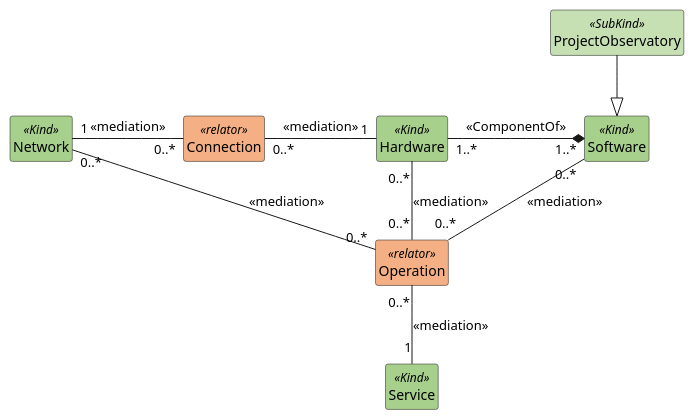
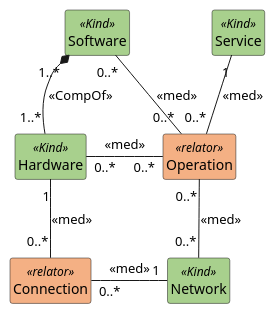
One commit to kvojps/onto-mpo changed the diagram in mpo_structures_observatory_infra_formalization.puml. Above: the diagram before and after it, drawn with PlantUML. The commit also changed 2 other files, not shown here.

Commit message:
[refac]: update relationships in MPO Structures Observatory Infra formalization and correct directionality in MPO Agents Formalization

```diff
--- a/mpo_structures_observatory_infra_formalization.puml
+++ b/mpo_structures_observatory_infra_formalization.puml
@@ -1,24 +1,20 @@
 @startuml MPO Structures Observatory Infra Formalization
 hide members
 skinparam style strictuml
 
-class ProjectObservatory <<SubKind>> #C6E0B4 {}
 class Software <<Kind>> #A8D08D {}
 class Hardware <<Kind>> #A8D08D {}
 class Network <<Kind>> #A8D08D {}
 class Connection <<relator>> #F4B084 {}
 class Service <<Kind>> #A8D08D {}
 class Operation <<relator>> #F4B084 {}
 
-ProjectObservatory --|> Software
-
-Software "1..*" *-left- "1..*" Hardware: <<ComponentOf>>
-Hardware "1" -left- "0..*" Connection : <<mediation>>
-Network "1" -right- "0..*" Connection : <<mediation>>
-
-Operation "0..*" -up- "0..*" Software : <<mediation>>
-Operation "0..*" -up- "0..*" Hardware : <<mediation>>
-Operation "0..*" -up- "0..*" Network : <<mediation>>
-Service "1" -up- "0..*" Operation : <<mediation>>
+Software "1..*" *-down- "1..*" Hardware: <<CompOf>>
+Hardware "1" -down- "0..*" Connection : <<med>>
+Network "1" -left- "0..*" Connection : <<med>>
+Operation "0..*" -left- "0..*" Software : <<med>>
+Operation "0..*" -left- "0..*" Hardware : <<med>>
+Operation "0..*" -down- "0..*" Network : <<med>>
+Service "1" -down- "0..*" Operation : <<med>>
 
 @enduml
```
